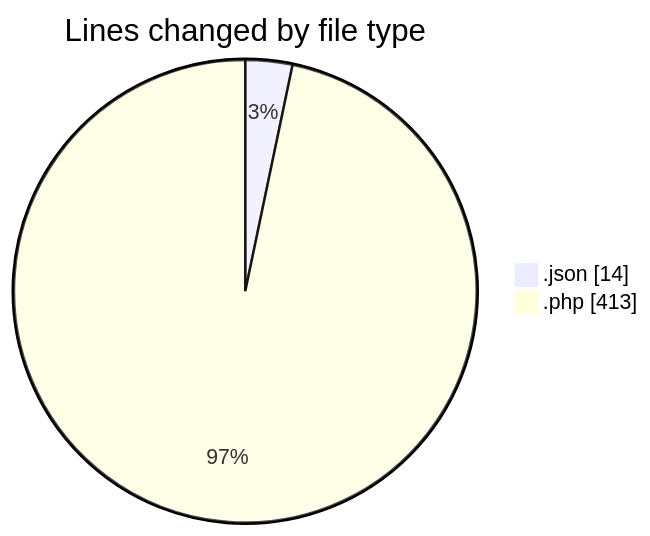
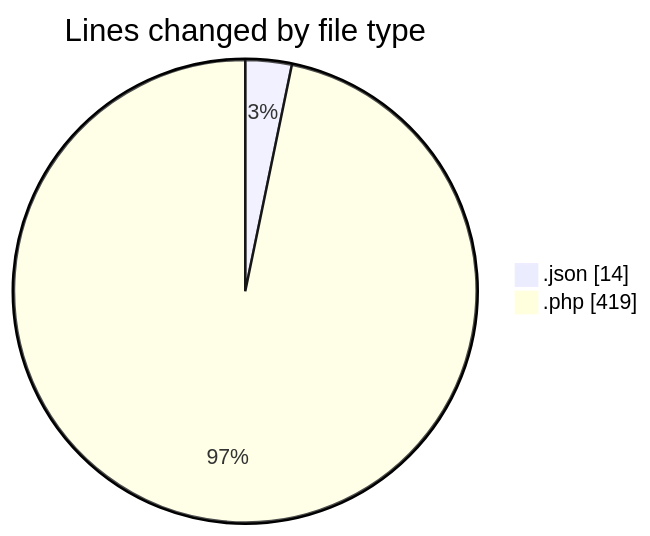
Before and after one commit to debugP/code-tracking: the first of 2 diagrams in 2026-07-27/untitled__workspace_/README.md, drawn with Mermaid. The commit also changed other lines of this file and 1 other file, not shown here.

````diff
--- a/2026-07-27/untitled__workspace_/README.md
+++ b/2026-07-27/untitled__workspace_/README.md
@@ -22,6 +22,6 @@
 ```mermaid
 pie showData
 title Lines changed by file type
 ".json" : 14
-".php" : 413
+".php" : 419
 ```
````
